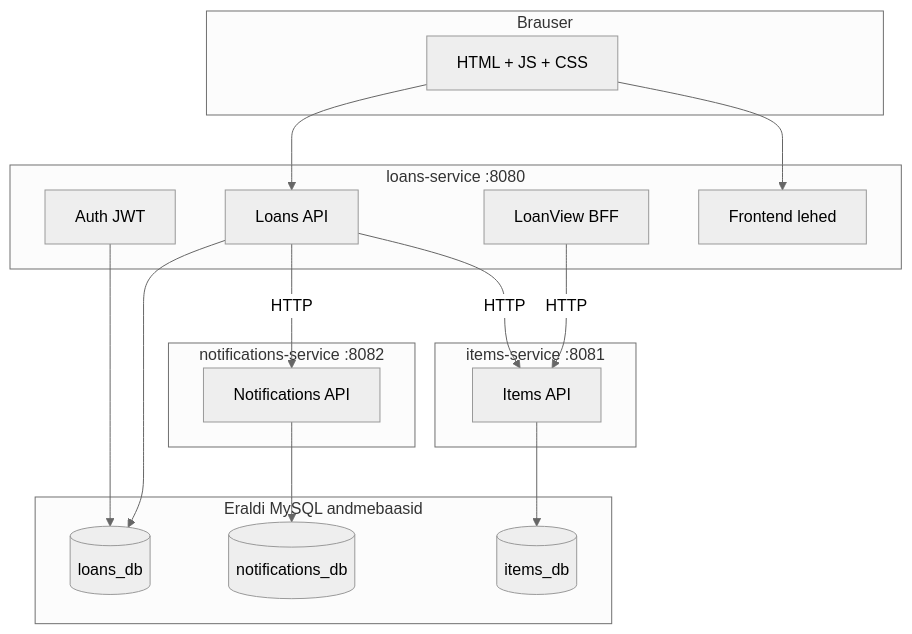
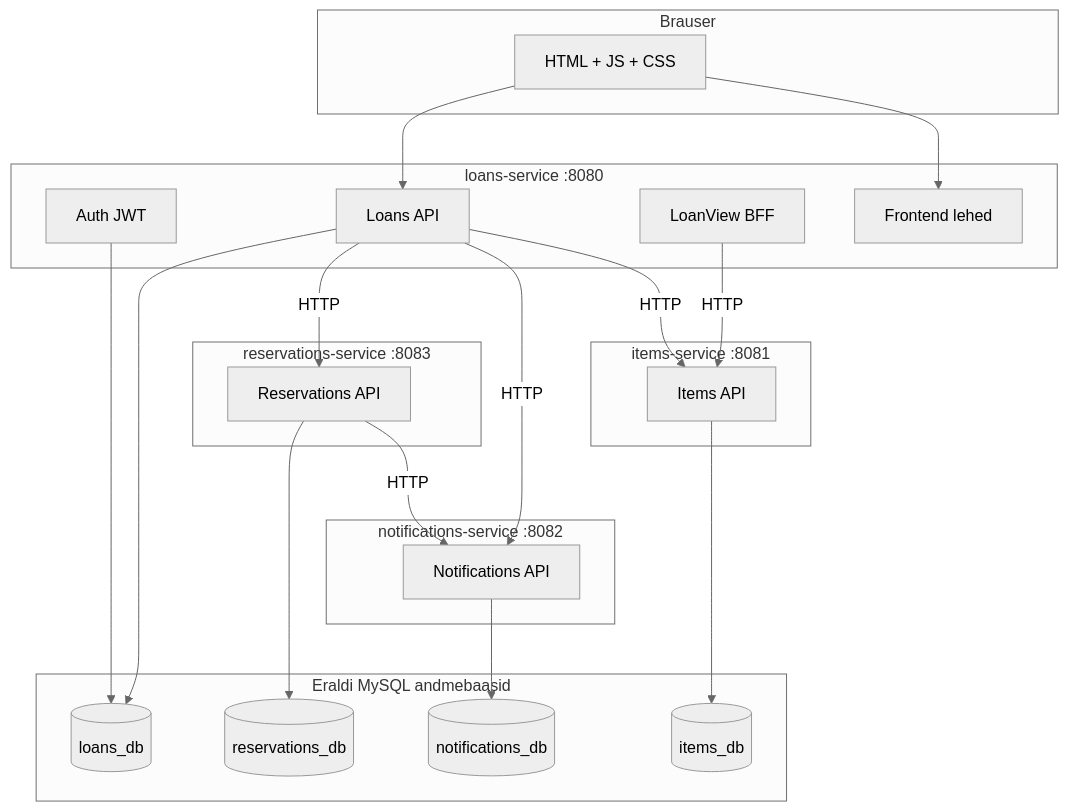
One commit to sibaraku/mikroteenused_kood changed the first of 3 diagrams in lahendus/README.md. Above: the diagram before and after it, drawn with Mermaid (neutral theme). The commit also changed other lines of this file and 1 other file, not shown here.

````diff
--- a/lahendus/README.md
+++ b/lahendus/README.md
@@ -35,38 +35,46 @@
 ```mermaid
 flowchart TB
     subgraph browser [Brauser]
         UI[HTML + JS + CSS]
     end
 
     subgraph loansSvc [loans-service :8080]
         Auth[Auth JWT]
         LoansAPI[Loans API]
         LoanView[LoanView BFF]
         Frontend[Frontend lehed]
     end
 
     subgraph itemsSvc [items-service :8081]
         ItemsAPI[Items API]
     end
 
     subgraph notifSvc [notifications-service :8082]
         NotifAPI[Notifications API]
     end
 
+    subgraph reservationSvc [reservations-service :8083]
+        ReservationAPI[Reservations API]
+    end
+
     UI --> Frontend
     UI --> LoansAPI
     LoansAPI -->|"HTTP"| ItemsAPI
     LoansAPI -->|"HTTP"| NotifAPI
+    LoansAPI -->|"HTTP"| ReservationAPI
+    ReservationAPI -->|"HTTP"| NotifAPI
     LoanView -->|"HTTP"| ItemsAPI
 
     subgraph dbs [Eraldi MySQL andmebaasid]
         dbLoans[(loans_db)]
         dbItems[(items_db)]
         dbNotif[(notifications_db)]
+        dbReservations[(reservations_db)]
     end
 
     Auth --> dbLoans
     LoansAPI --> dbLoans
     ItemsAPI --> dbItems
     NotifAPI --> dbNotif
+    ReservationAPI --> dbReservations
 ```
````
